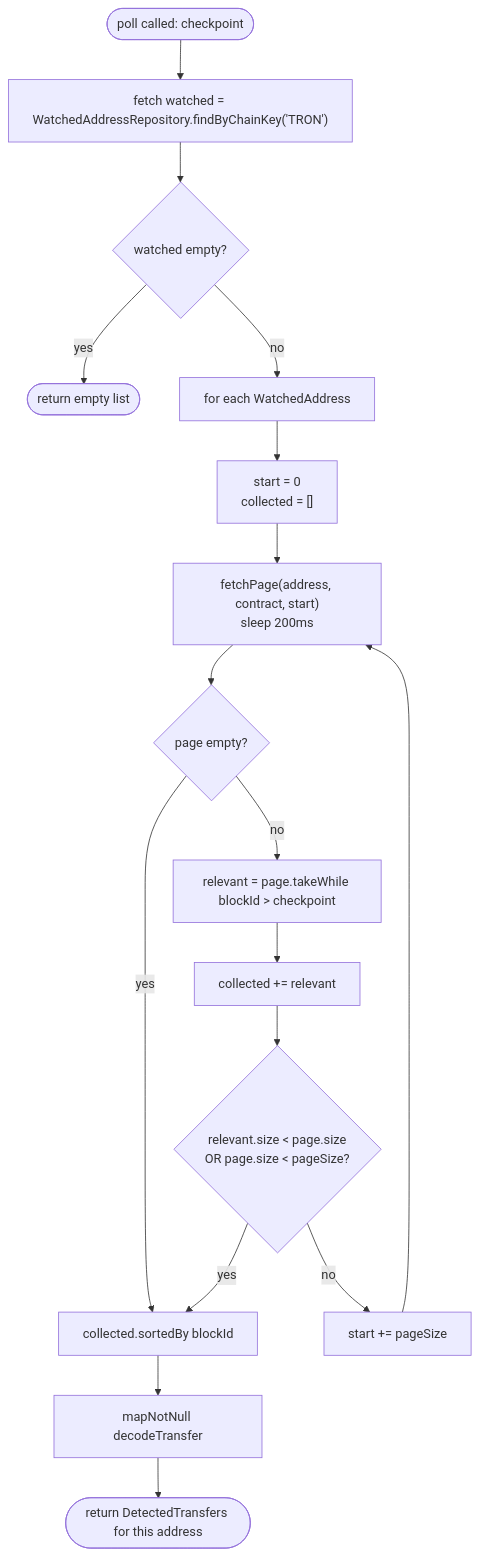
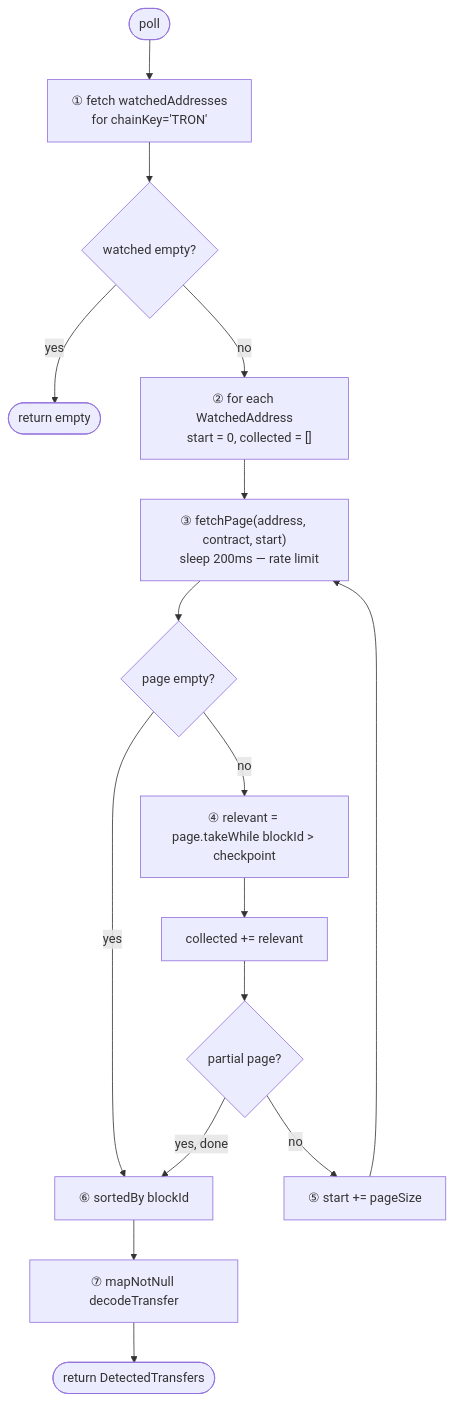
Before and after one commit to idem-finance/idem: the third of 4 diagrams in docs/tron-chain-reader.md, drawn with Mermaid. The commit also changed other lines of this file and 2 other files, not shown here.

````diff
--- a/docs/tron-chain-reader.md
+++ b/docs/tron-chain-reader.md
@@ -138,21 +126,20 @@
 ```mermaid
 flowchart TD
-    A([poll called: checkpoint]) --> B["fetch watched = WatchedAddressRepository.findByChainKey('TRON')"]
+    A([poll]) --> B["① fetch watchedAddresses\n   for chainKey='TRON'"]
     B --> C{watched empty?}
-    C -- yes --> Z([return empty list])
-    C -- no --> D["for each WatchedAddress"]
+    C -- yes --> Z([return empty])
+    C -- no --> D["② for each WatchedAddress\n   start = 0, collected = []"]
 
-    D --> E["start = 0\ncollected = []"]
-    E --> F["fetchPage(address, contract, start)\nsleep 200ms"]
-    F --> G{page empty?}
-    G -- yes --> SORT
-    G -- no --> H["relevant = page.takeWhile blockId > checkpoint"]
-    H --> I["collected += relevant"]
-    I --> J{relevant.size < page.size\nOR page.size < pageSize?}
-    J -- yes --> SORT
-    J -- no --> K["start += pageSize"]
-    K --> F
+    D --> E["③ fetchPage(address, contract, start)\n   sleep 200ms — rate limit"]
+    E --> F{page empty?}
+    F -- yes --> SORT
+    F -- no --> G["④ relevant = page.takeWhile blockId > checkpoint"]
+    G --> H["collected += relevant"]
+    H --> I{partial page?}
+    I -- yes, done --> SORT
+    I -- no --> J["⑤ start += pageSize"]
+    J --> E
 
-    SORT["collected.sortedBy blockId"] --> MAP["mapNotNull decodeTransfer"]
-    MAP --> Z2([return DetectedTransfers for this address])
+    SORT["⑥ sortedBy blockId"] --> MAP["⑦ mapNotNull decodeTransfer"]
+    MAP --> Z2([return DetectedTransfers])
 ```
````
